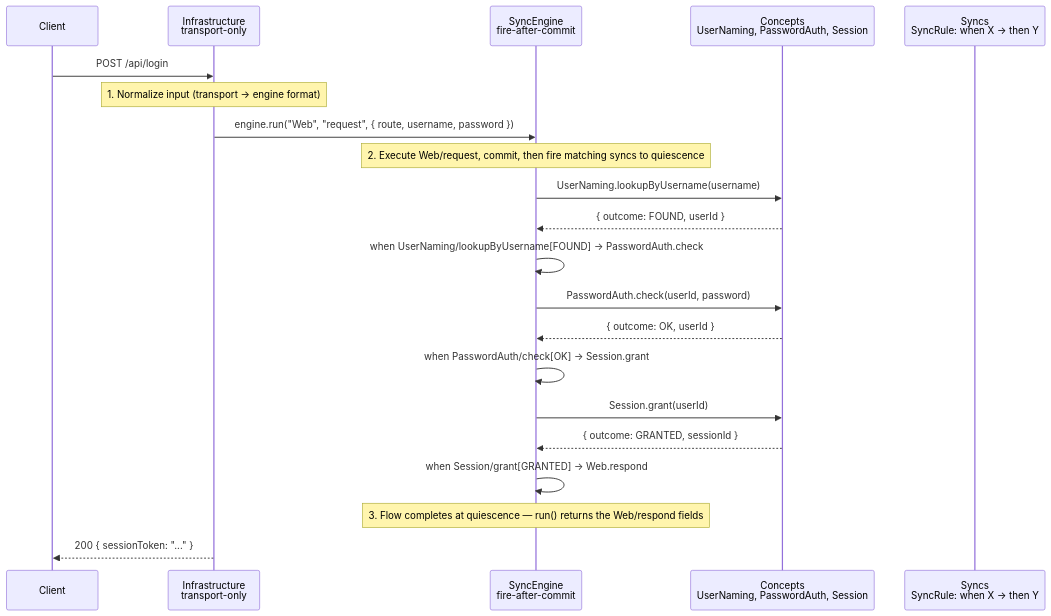
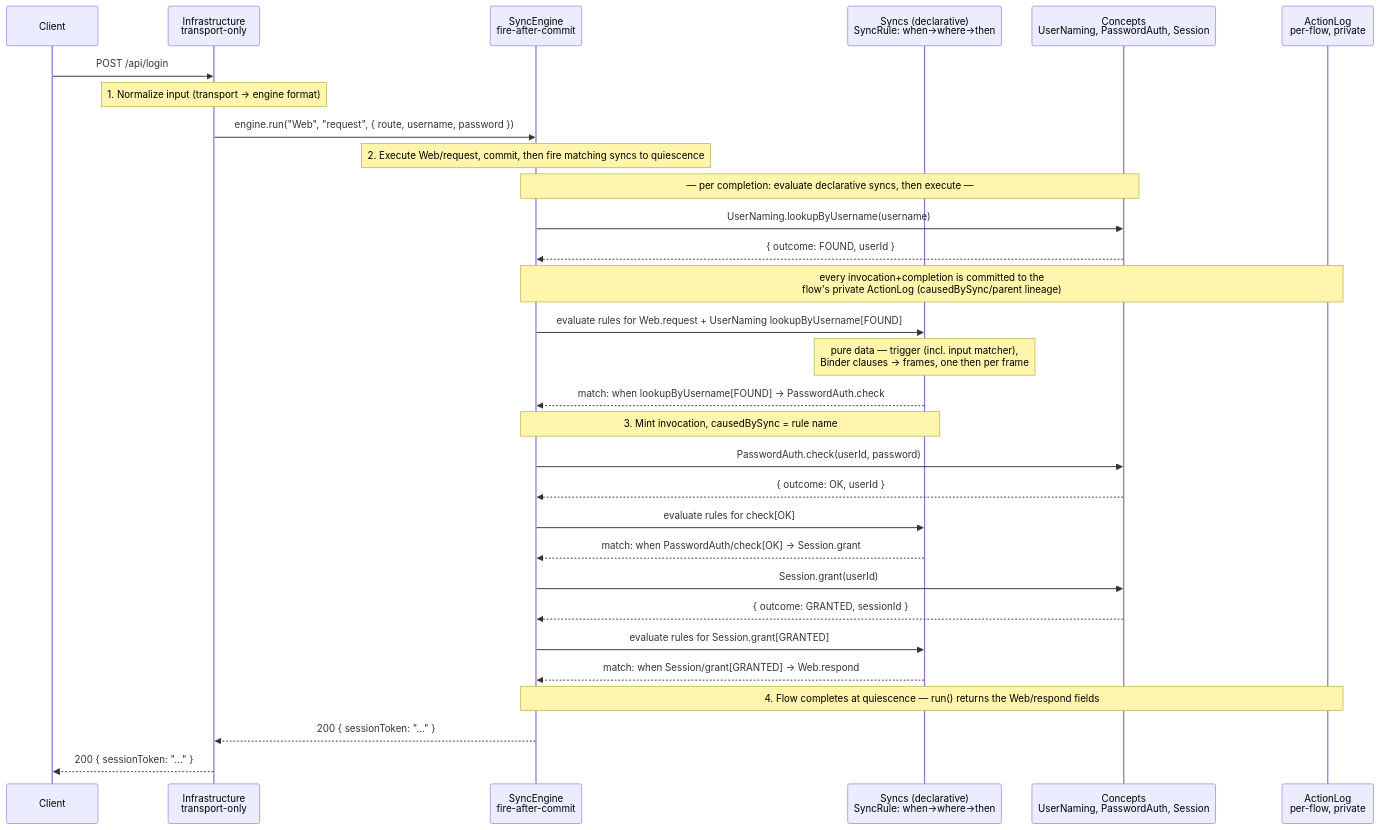
Before and after one commit to abratto/clad: the second of 2 diagrams in README.md, drawn with Mermaid. The commit also changed other lines of this file and 45 other files, not shown here.

First line of the commit message:
feat(engine): fluent sync DSL + effect-first naming v2 + runtime diagram corrections (v0.6.0)

````diff
--- a/README.md
+++ b/README.md
@@ -147,24 +151,34 @@
 ```mermaid
 sequenceDiagram
     participant Client
     participant Controller as Infrastructure<br/>transport-only
     participant Engine as SyncEngine<br/>fire-after-commit
+    participant Syncs as Syncs (declarative)<br/>SyncRule: when→where→then
     participant Concepts as Concepts<br/>UserNaming, PasswordAuth, Session
-    participant Syncs as Syncs<br/>SyncRule: when X → then Y
+    participant Log as ActionLog<br/>per-flow, private
 
     Client->>Controller: POST /api/login
     Note over Controller: 1. Normalize input (transport → engine format)
     Controller->>Engine: engine.run("Web", "request", { route, username, password })
     Note over Engine: 2. Execute Web/request, commit, then fire matching syncs to quiescence
+
+    Note over Engine,Concepts: — per completion: evaluate declarative syncs, then execute —
     Engine->>Concepts: UserNaming.lookupByUsername(username)
     Concepts-->>Engine: { outcome: FOUND, userId }
-    Engine->>Engine: when UserNaming/lookupByUsername[FOUND] → PasswordAuth.check
+    Note over Engine,Log: every invocation+completion is committed to the<br/>flow's private ActionLog (causedBySync/parent lineage)
+    Engine->>Syncs: evaluate rules for Web.request + UserNaming lookupByUsername[FOUND]
+    Note over Syncs: pure data — trigger (incl. input matcher),<br/>Binder clauses → frames, one then per frame
+    Syncs-->>Engine: match: when lookupByUsername[FOUND] → PasswordAuth.check
+    Note over Engine,Syncs: 3. Mint invocation, causedBySync = rule name
     Engine->>Concepts: PasswordAuth.check(userId, password)
     Concepts-->>Engine: { outcome: OK, userId }
-    Engine->>Engine: when PasswordAuth/check[OK] → Session.grant
+    Engine->>Syncs: evaluate rules for check[OK]
+    Syncs-->>Engine: match: when PasswordAuth/check[OK] → Session.grant
     Engine->>Concepts: Session.grant(userId)
     Concepts-->>Engine: { outcome: GRANTED, sessionId }
-    Engine->>Engine: when Session/grant[GRANTED] → Web.respond
-    Note over Engine: 3. Flow completes at quiescence — run() returns the Web/respond fields
+    Engine->>Syncs: evaluate rules for Session.grant[GRANTED]
+    Syncs-->>Engine: match: when Session/grant[GRANTED] → Web.respond
+    Note over Engine,Log: 4. Flow completes at quiescence — run() returns the Web/respond fields
+    Engine-->>Controller: 200 { sessionToken: "..." }
     Controller-->>Client: 200 { sessionToken: "..." }
 ```
````
